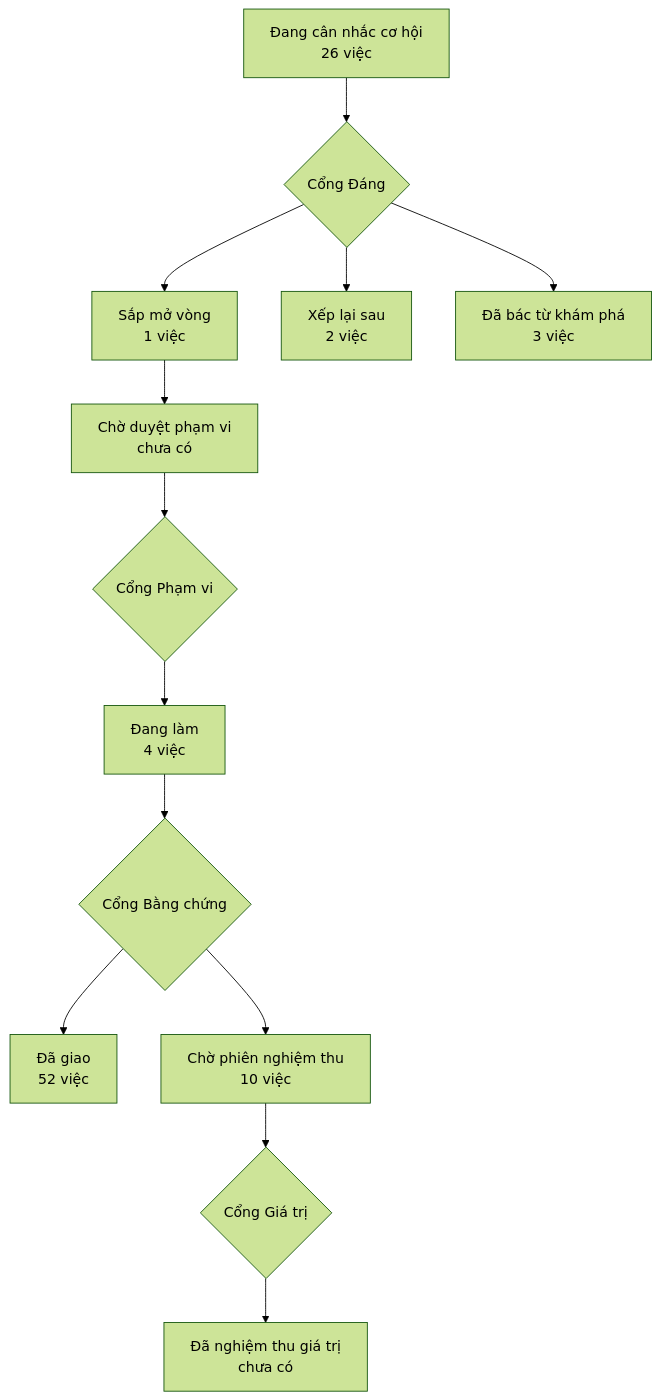
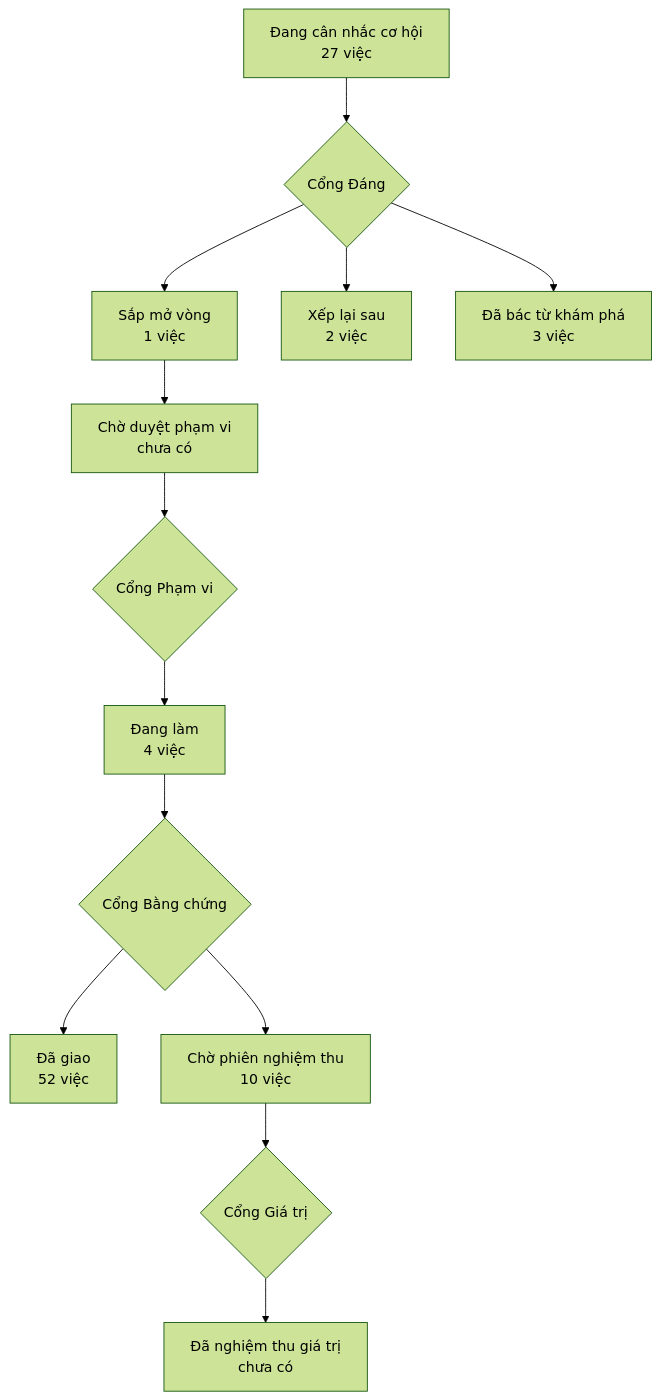
The diagram in PRODUCT-MAP.md (phanlemanh/acceptance-gate-kit), drawn with Mermaid (forest theme) before and after one commit. The commit also changed other lines of this file and 6 other files, not shown here.

````diff
--- a/PRODUCT-MAP.md
+++ b/PRODUCT-MAP.md
@@ -6,12 +6,12 @@
 ```mermaid
 flowchart TD
-  A["Đang cân nhắc cơ hội<br/>26 việc"] --> GD{"Cổng Đáng"}
+  A["Đang cân nhắc cơ hội<br/>27 việc"] --> GD{"Cổng Đáng"}
   GD --> B["Sắp mở vòng<br/>1 việc"]
   GD --> XL["Xếp lại sau<br/>2 việc"]
   GD --> DB["Đã bác từ khám phá<br/>3 việc"]
   B --> CD["Chờ duyệt phạm vi<br/>chưa có"] --> GP{"Cổng Phạm vi"}
   GP --> DL["Đang làm<br/>4 việc"] --> GB{"Cổng Bằng chứng"}
   GB --> DG["Đã giao<br/>52 việc"]
   GB --> CN["Chờ phiên nghiệm thu<br/>10 việc"] --> GG{"Cổng Giá trị"}
   GG --> NT["Đã nghiệm thu giá trị<br/>chưa có"]
 ```
````
